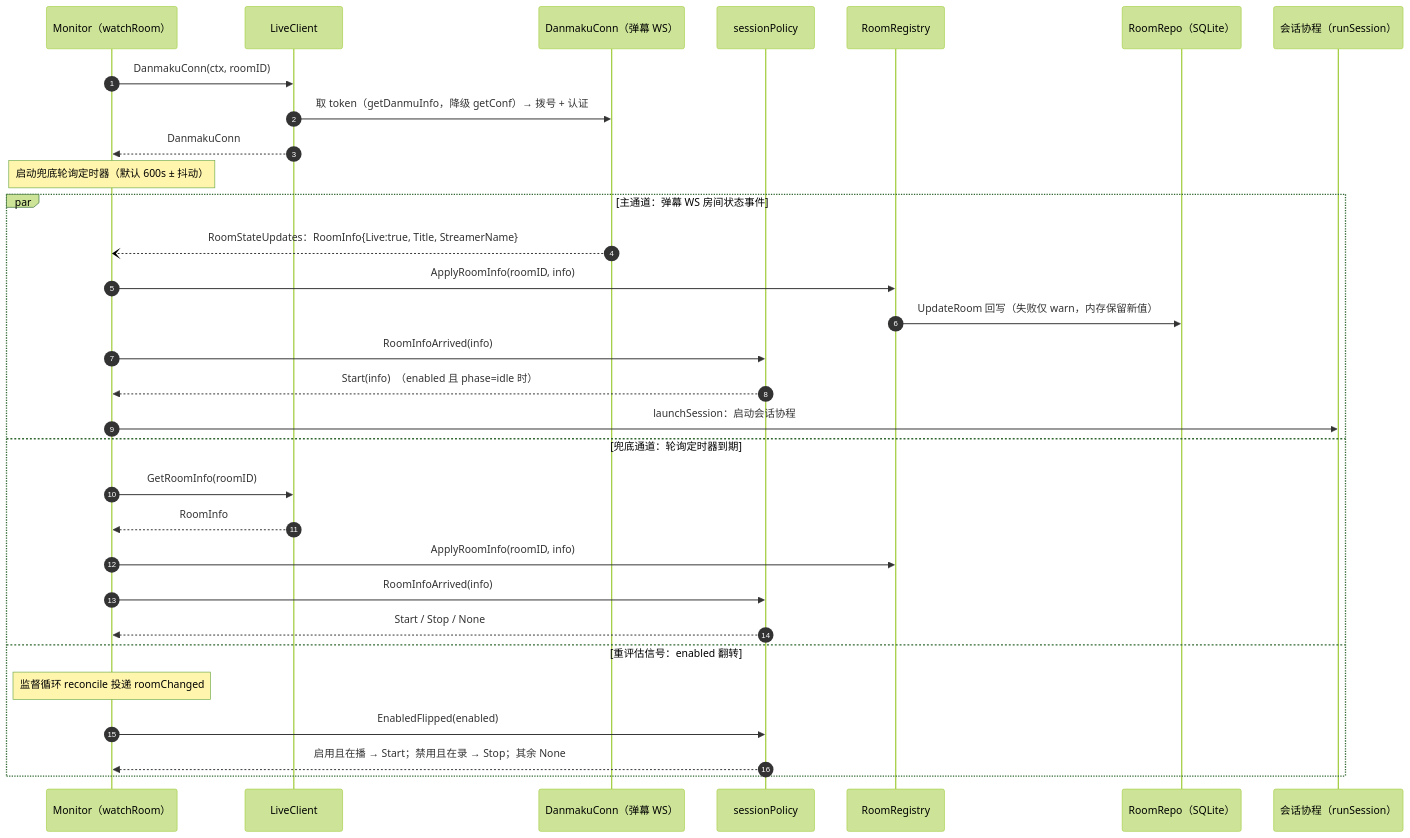
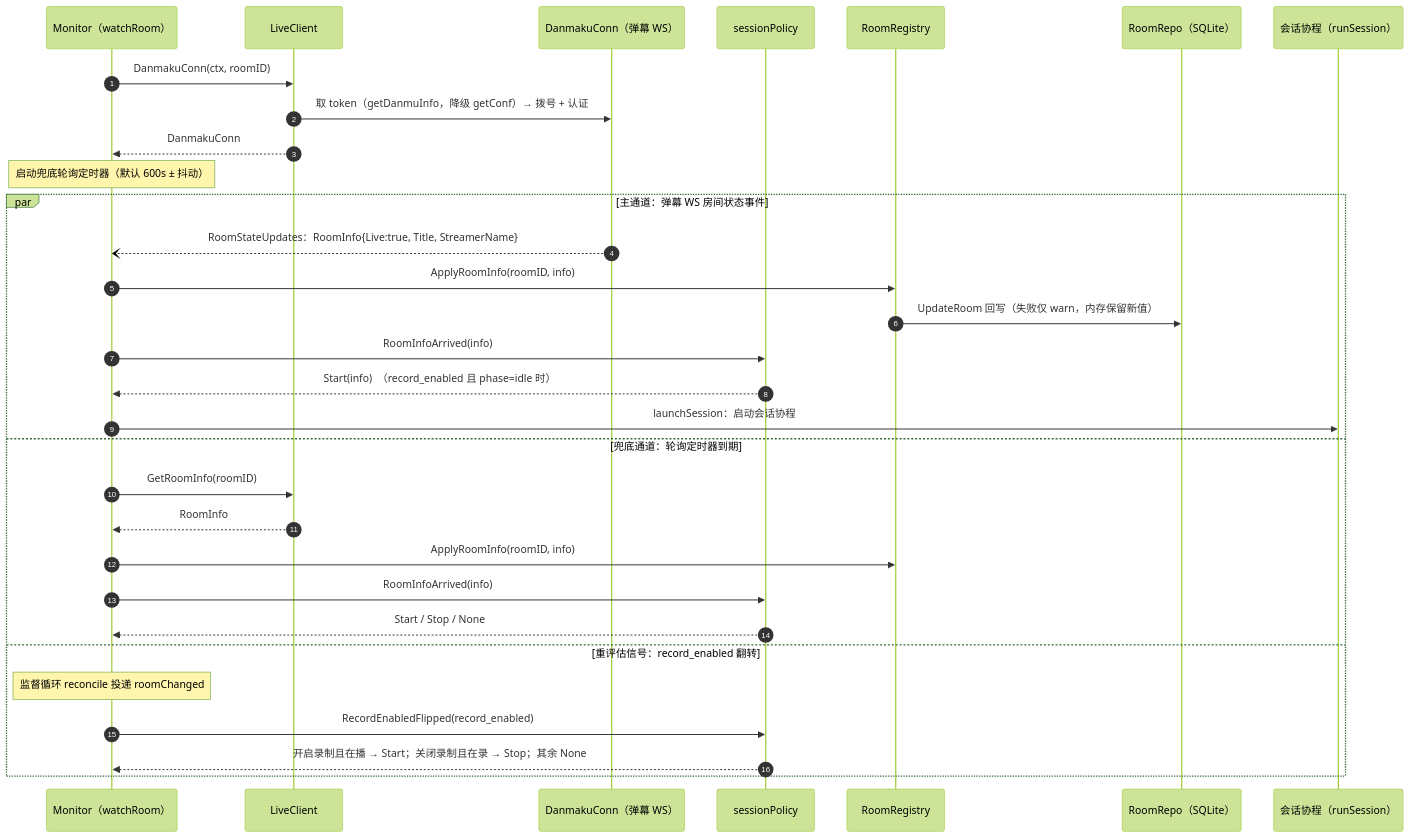
The fourth of 10 diagrams in docs/design/architecture-diagrams.md (xgbt/suika), drawn with Mermaid (forest theme) before and after one commit. The commit also changed other lines of this file and 19 other files, not shown here.

First line of the commit message:
refactor: rename 'enabled' to 'record_enabled' in session policy and related components

````diff
--- a/docs/design/architecture-diagrams.md
+++ b/docs/design/architecture-diagrams.md
@@ -192,35 +192,35 @@
 ```mermaid
 sequenceDiagram
     autonumber
     participant M as Monitor（watchRoom）
     participant LC as LiveClient
     participant DC as DanmakuConn（弹幕 WS）
     participant P as sessionPolicy
     participant G as RoomRegistry
     participant R as RoomRepo（SQLite）
     participant Sess as 会话协程（runSession）
 
     M->>LC: DanmakuConn(ctx, roomID)
     LC->>DC: 取 token（getDanmuInfo，降级 getConf）→ 拨号 + 认证
     LC-->>M: DanmakuConn
     Note over M: 启动兜底轮询定时器（默认 600s ± 抖动）
 
     par 主通道：弹幕 WS 房间状态事件
         DC--)M: RoomStateUpdates：RoomInfo{Live:true, Title, StreamerName}
         M->>G: ApplyRoomInfo(roomID, info)
         G->>R: UpdateRoom 回写（失败仅 warn，内存保留新值）
         M->>P: RoomInfoArrived(info)
-        P-->>M: Start(info)　（enabled 且 phase=idle 时）
+        P-->>M: Start(info)　（record_enabled 且 phase=idle 时）
         M->>Sess: launchSession：启动会话协程
     and 兜底通道：轮询定时器到期
         M->>LC: GetRoomInfo(roomID)
         LC-->>M: RoomInfo
         M->>G: ApplyRoomInfo(roomID, info)
         M->>P: RoomInfoArrived(info)
         P-->>M: Start / Stop / None
-    and 重评估信号：enabled 翻转
+    and 重评估信号：record_enabled 翻转
         Note over M: 监督循环 reconcile 投递 roomChanged
-        M->>P: EnabledFlipped(enabled)
-        P-->>M: 启用且在播 → Start；禁用且在录 → Stop；其余 None
+        M->>P: RecordEnabledFlipped(record_enabled)
+        P-->>M: 开启录制且在播 → Start；关闭录制且在录 → Stop；其余 None
     end
 ```
````
